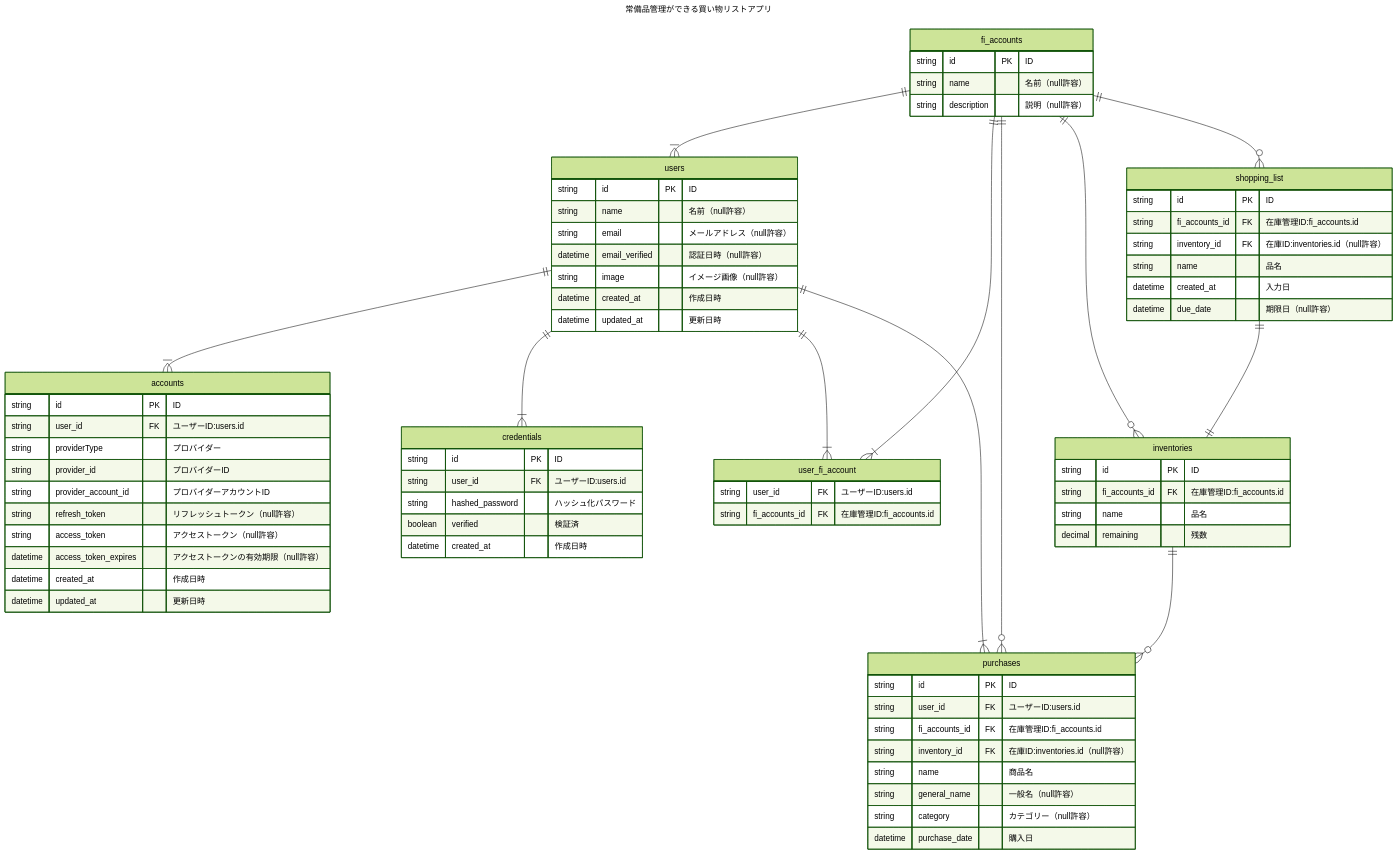
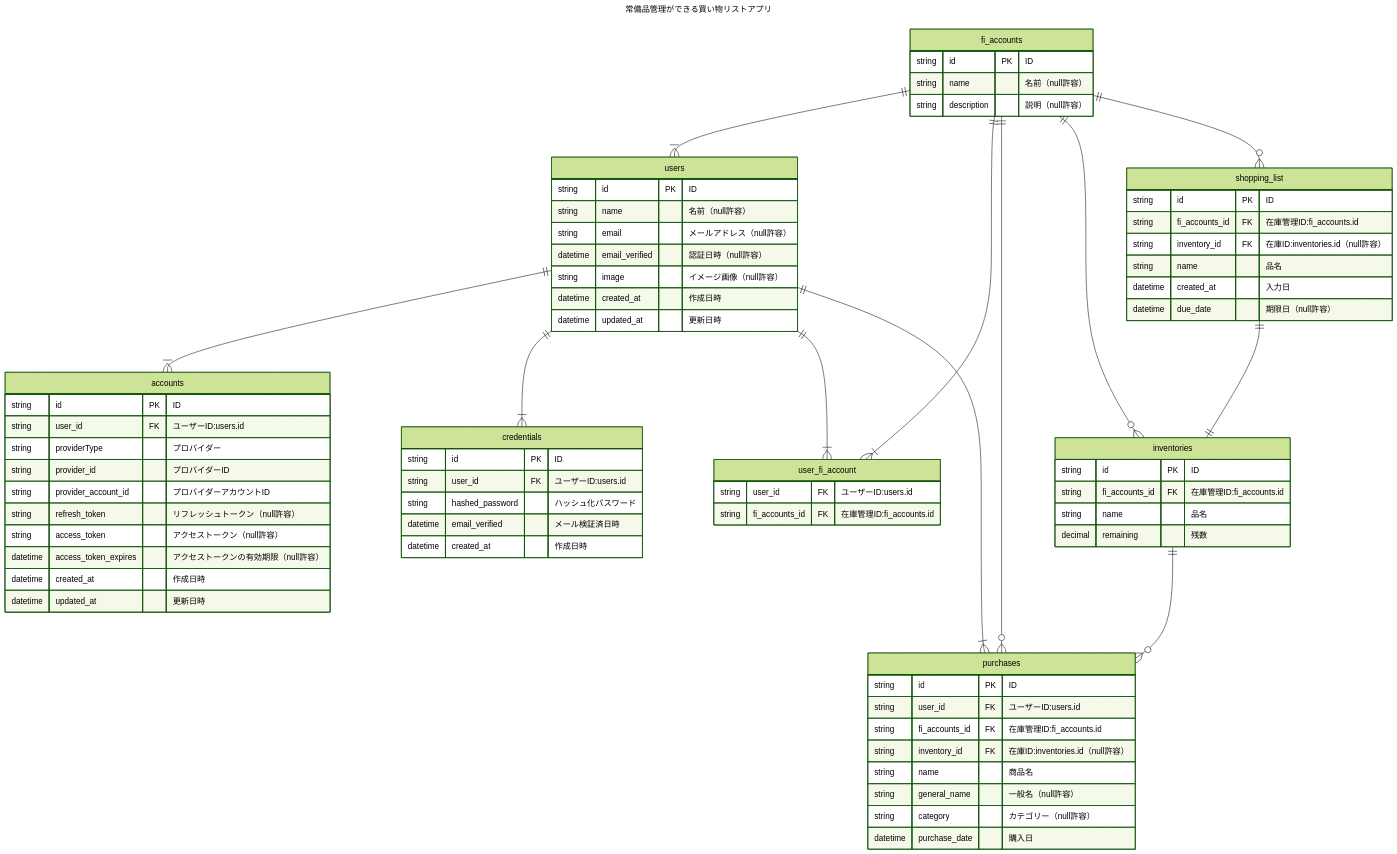
Before and after one commit to kurutto/fridge-inventory: the diagram in doc/fridge-inventory.md, drawn with Mermaid (forest theme).

Commit message:
軽微な修正

````diff
--- a/doc/fridge-inventory.md
+++ b/doc/fridge-inventory.md
@@ -5,80 +5,80 @@
 ```mermaid
 ---
 title: "常備品管理ができる買い物リストアプリ"
 ---
 erDiagram
 
     users ||--|{ accounts : ""
     users ||--|{ credentials : ""
     fi_accounts ||--|{ users : ""
     users ||--|{ user_fi_account : ""
     fi_accounts ||--|{ user_fi_account : ""
     inventories ||--o{ purchases : ""
     users ||--|{ purchases : ""
     fi_accounts ||--o{ purchases : ""
     fi_accounts ||--o{ inventories : ""
     fi_accounts ||--o{ shopping_list : ""
     shopping_list ||--|| inventories : ""
 
     accounts {
         string id PK "ID"
         string user_id FK "ユーザーID:users.id"
         string providerType "プロバイダー"
         string provider_id "プロバイダーID"
         string provider_account_id "プロバイダーアカウントID"
         string refresh_token "リフレッシュトークン（null許容）"
         string access_token "アクセストークン（null許容）"
         datetime access_token_expires "アクセストークンの有効期限（null許容）"
         datetime created_at "作成日時"
         datetime updated_at "更新日時"
     }
     users {
         string id PK "ID"
         string name "名前（null許容）"
         string email "メールアドレス（null許容）"
         datetime email_verified "認証日時（null許容）"
         string image "イメージ画像（null許容）"
         datetime created_at "作成日時"
         datetime updated_at "更新日時"
     }
     credentials{
         string id PK "ID"
         string user_id FK "ユーザーID:users.id"
         string hashed_password "ハッシュ化パスワード"
-        boolean verified "検証済"
+        datetime email_verified "メール検証済日時"
         datetime created_at "作成日時"
     }
     user_fi_account{
         string user_id FK "ユーザーID:users.id"
         string fi_accounts_id FK "在庫管理ID:fi_accounts.id"
     }
     fi_accounts {
         string id PK "ID"
         string name "名前（null許容）"
         string description "説明（null許容）"
     }
     inventories {
         string id PK "ID"
         string fi_accounts_id FK "在庫管理ID:fi_accounts.id"
         string name "品名"
         decimal remaining "残数"
     }
     purchases {
         string id PK "ID"
         string user_id FK "ユーザーID:users.id"
         string fi_accounts_id FK "在庫管理ID:fi_accounts.id"
         string inventory_id FK "在庫ID:inventories.id（null許容）"
         string name "商品名"
         string general_name "一般名（null許容）"
         string category "カテゴリー（null許容）"
         datetime purchase_date "購入日"
     }
     shopping_list {
         string id PK "ID"
         string fi_accounts_id FK "在庫管理ID:fi_accounts.id"
         string inventory_id FK "在庫ID:inventories.id（null許容）"
         string name "品名"
         datetime created_at "入力日"
         datetime due_date "期限日（null許容）"
     }
 ```
````
